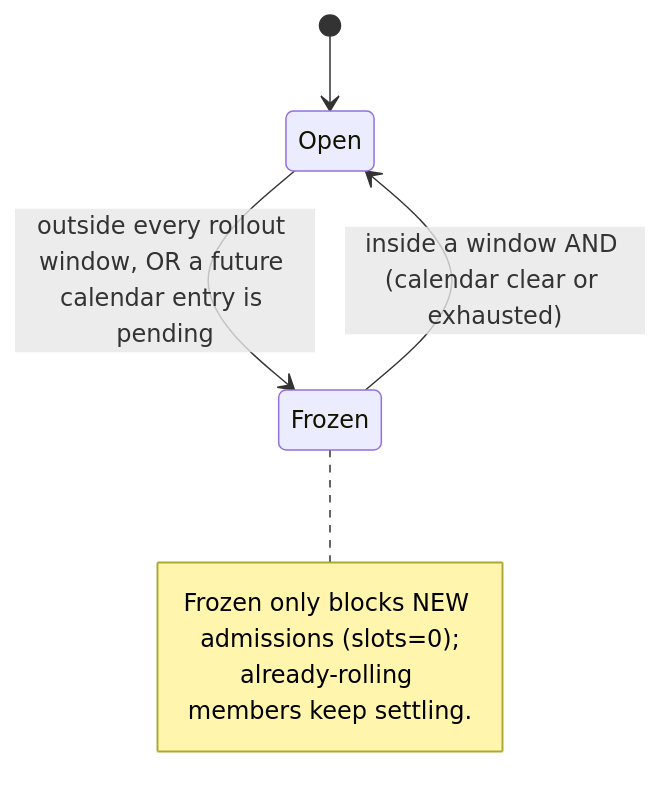
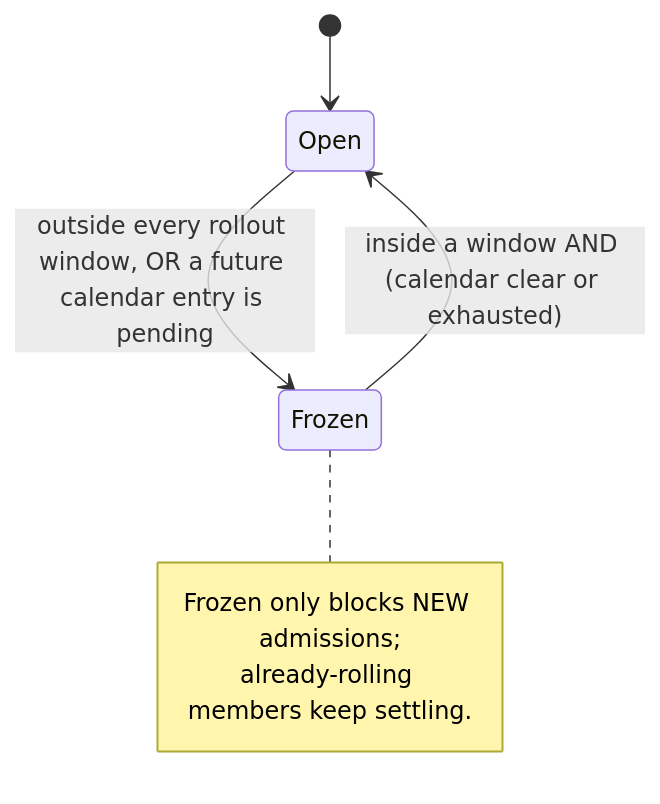
One commit to evan-hines-js/updatedc changed the fourth of 13 diagrams in docs/state-machines.md. Above: the diagram before and after it, drawn with Mermaid. The commit also changed other lines of this file and 50 other files, not shown here.

````diff
--- a/docs/state-machines.md
+++ b/docs/state-machines.md
@@ -122,10 +130,10 @@
 ```mermaid
 stateDiagram-v2
     [*] --> Open
     Open --> Frozen: outside every rollout window, OR a future calendar entry is pending
     Frozen --> Open: inside a window AND (calendar clear or exhausted)
     note right of Frozen
-        Frozen only blocks NEW admissions (slots=0);
+        Frozen only blocks NEW admissions;
         already-rolling members keep settling.
     end note
 ```
````
